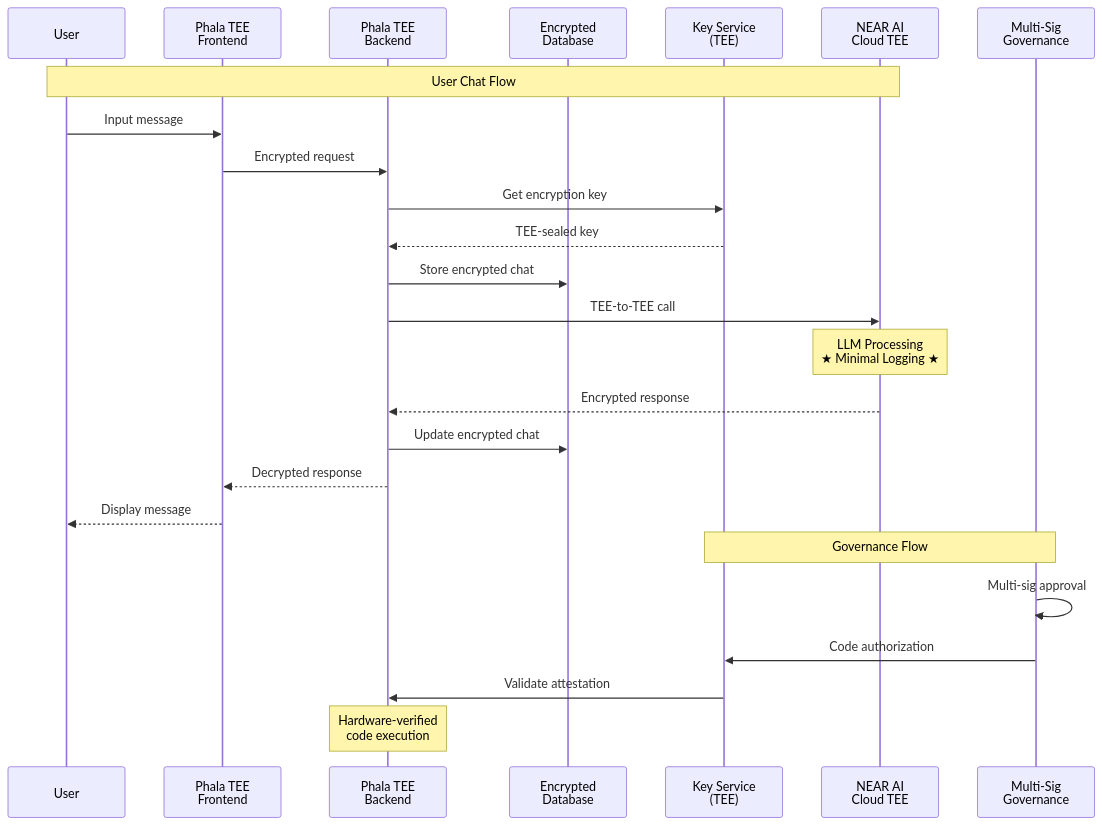
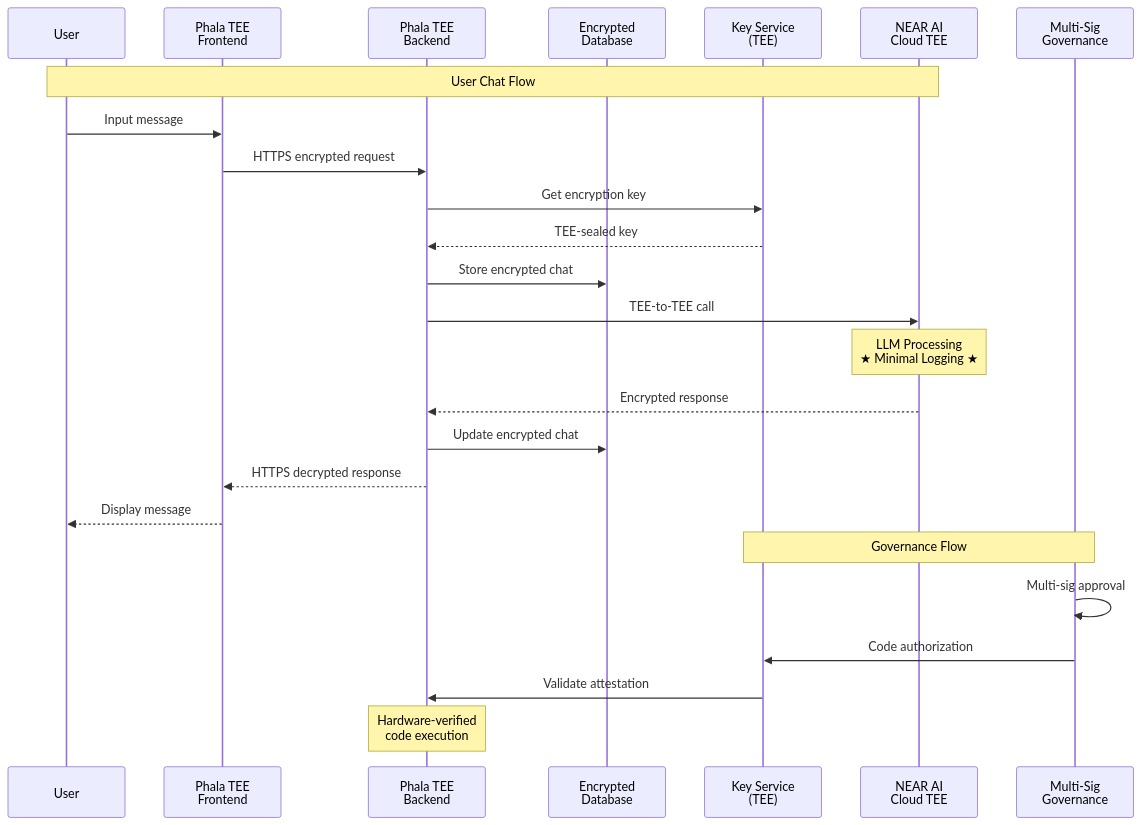
The diagram in docs/private-chat/arch.md (nearai-cloud/private-chat), drawn with Mermaid before and after one commit.

Commit message:
update https

````diff
--- a/docs/private-chat/arch.md
+++ b/docs/private-chat/arch.md
@@ -37,29 +37,29 @@
 ```mermaid
 sequenceDiagram
     participant User
     participant Frontend as Phala TEE<br/>Frontend
     participant Backend as Phala TEE<br/>Backend
     participant DB as Encrypted<br/>Database
     participant KMS as Key Service<br/>(TEE)
     participant AI as NEAR AI<br/>Cloud TEE
     participant Gov as Multi-Sig<br/>Governance
 
     Note over User,AI: User Chat Flow
     User->>Frontend: Input message
-    Frontend->>Backend: Encrypted request
+    Frontend->>Backend: HTTPS encrypted request
     Backend->>KMS: Get encryption key
     KMS-->>Backend: TEE-sealed key
     Backend->>DB: Store encrypted chat
     Backend->>AI: TEE-to-TEE call
     Note over AI: LLM Processing<br/>★ Minimal Logging ★
     AI-->>Backend: Encrypted response
     Backend->>DB: Update encrypted chat
-    Backend-->>Frontend: Decrypted response
+    Backend-->>Frontend: HTTPS decrypted response
     Frontend-->>User: Display message
 
     Note over Gov,KMS: Governance Flow
     Gov->>Gov: Multi-sig approval
     Gov->>KMS: Code authorization
     KMS->>Backend: Validate attestation
     Note over Backend: Hardware-verified<br/>code execution
 ```
````
